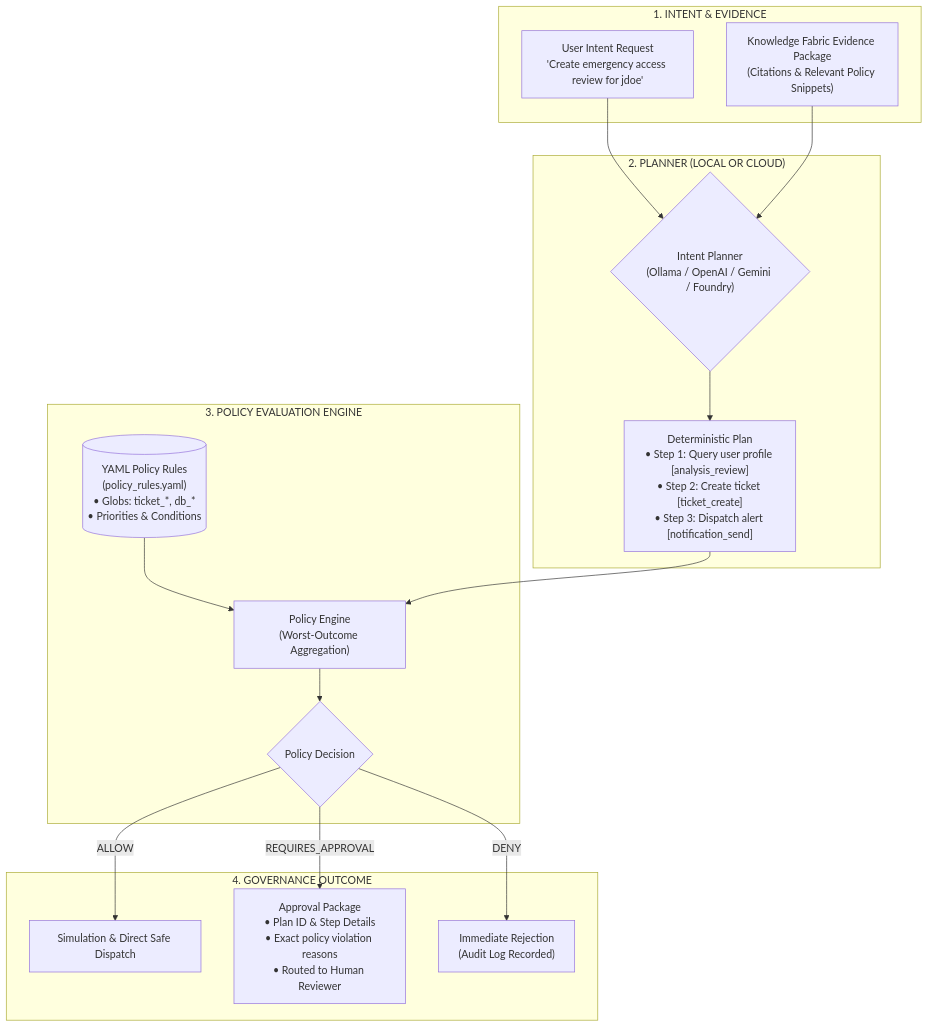
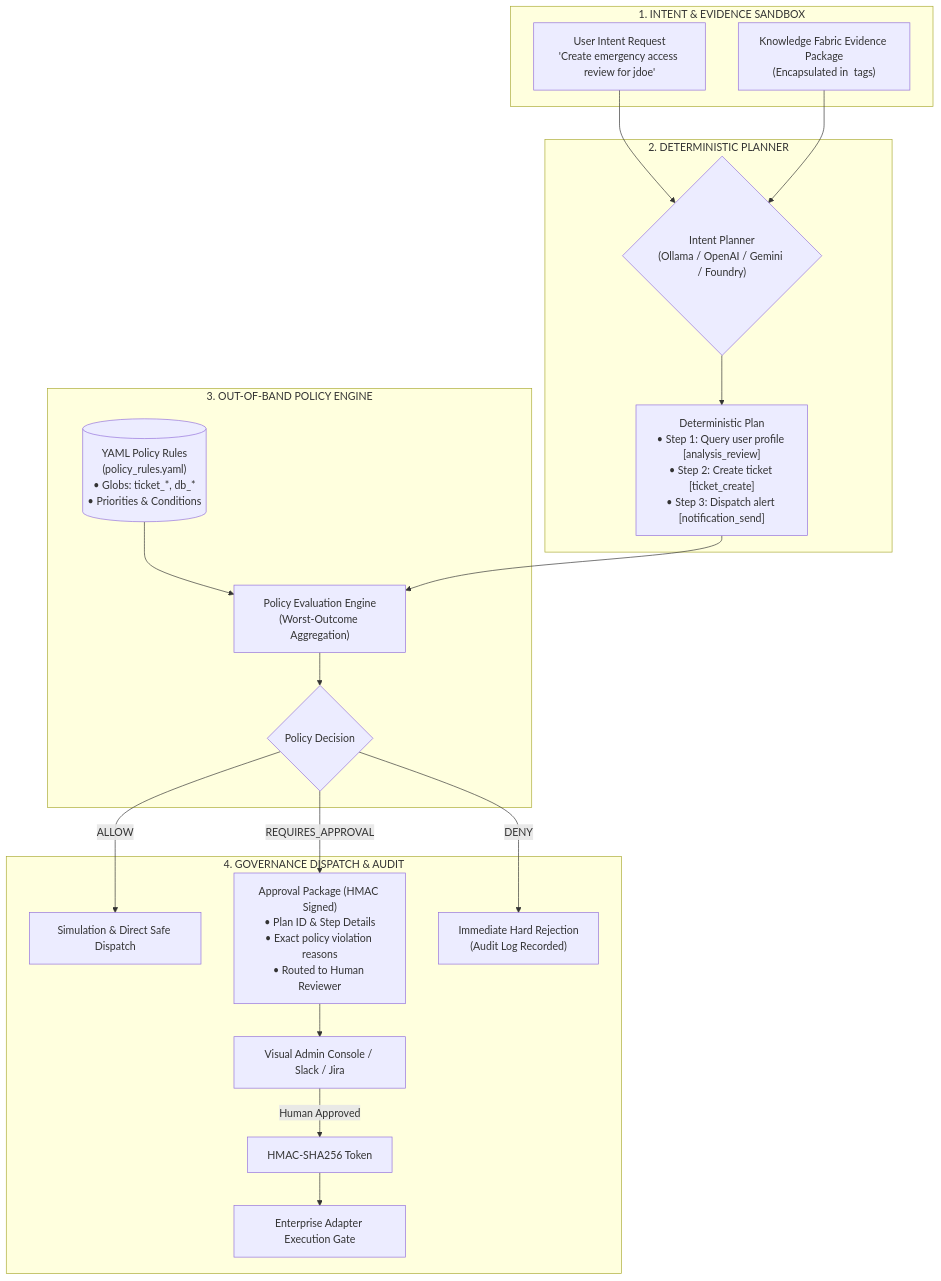
One commit to sagarv48/intent-fabric changed the diagram in README.md. Above: the diagram before and after it, drawn with Mermaid. The commit also changed other lines of this file, not shown here.

Commit message:
docs: enrich README with agent governance blueprints and HMAC non-repudiation

````diff
--- a/README.md
+++ b/README.md
@@ -38,25 +39,28 @@
 ```mermaid
 flowchart TB
-    subgraph Input ["1. INTENT & EVIDENCE"]
+    subgraph Input ["1. INTENT & EVIDENCE SANDBOX"]
         UserReq["User Intent Request\n'Create emergency access review for jdoe'"]
-        Evidence["Knowledge Fabric Evidence Package\n(Citations & Relevant Policy Snippets)"]
+        Evidence["Knowledge Fabric Evidence Package\n(Encapsulated in <retrieved_evidence> tags)"]
     end
 
-    subgraph Planning ["2. PLANNER (LOCAL OR CLOUD)"]
+    subgraph Planning ["2. DETERMINISTIC PLANNER"]
         UserReq --> Planner{"Intent Planner\n(Ollama / OpenAI / Gemini / Foundry)"}
         Evidence --> Planner
         Planner --> Plan["Deterministic Plan\n• Step 1: Query user profile [analysis_review]\n• Step 2: Create ticket [ticket_create]\n• Step 3: Dispatch alert [notification_send]"]
     end
 
-    subgraph Governance ["3. POLICY EVALUATION ENGINE"]
-        Rules[("YAML Policy Rules\n(policy_rules.yaml)\n• Globs: ticket_*, db_*\n• Priorities & Conditions")] --> Engine["Policy Engine\n(Worst-Outcome Aggregation)"]
+    subgraph Governance ["3. OUT-OF-BAND POLICY ENGINE"]
+        Rules[("YAML Policy Rules\n(policy_rules.yaml)\n• Globs: ticket_*, db_*\n• Priorities & Conditions")] --> Engine["Policy Evaluation Engine\n(Worst-Outcome Aggregation)"]
         Plan --> Engine
         Engine --> Decision{"Policy Decision"}
     end
 
-    subgraph Outcomes ["4. GOVERNANCE OUTCOME"]
+    subgraph Outcomes ["4. GOVERNANCE DISPATCH & AUDIT"]
         Decision -- "ALLOW" --> Sim["Simulation & Direct Safe Dispatch"]
-        Decision -- "REQUIRES_APPROVAL" --> ApprovalPkg["Approval Package\n• Plan ID & Step Details\n• Exact policy violation reasons\n• Routed to Human Reviewer"]
-        Decision -- "DENY" --> Denied["Immediate Rejection\n(Audit Log Recorded)"]
+        Decision -- "REQUIRES_APPROVAL" --> ApprovalPkg["Approval Package (HMAC Signed)\n• Plan ID & Step Details\n• Exact policy violation reasons\n• Routed to Human Reviewer"]
+        Decision -- "DENY" --> Denied["Immediate Hard Rejection\n(Audit Log Recorded)"]
+        ApprovalPkg --> Console["Visual Admin Console / Slack / Jira"]
+        Console -- "Human Approved" --> Sig["HMAC-SHA256 Token"]
+        Sig --> Exec["Enterprise Adapter Execution Gate"]
     end
 ```
````
